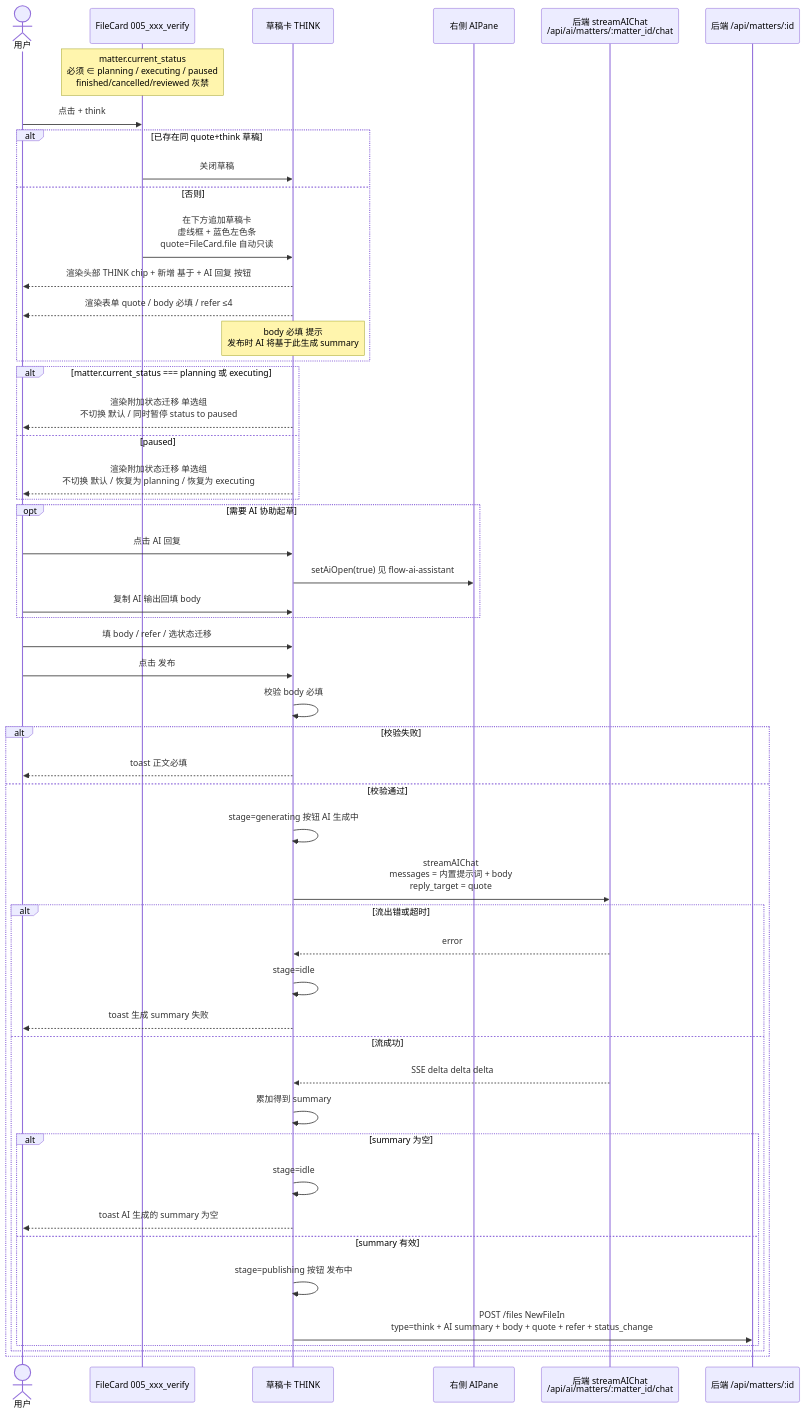
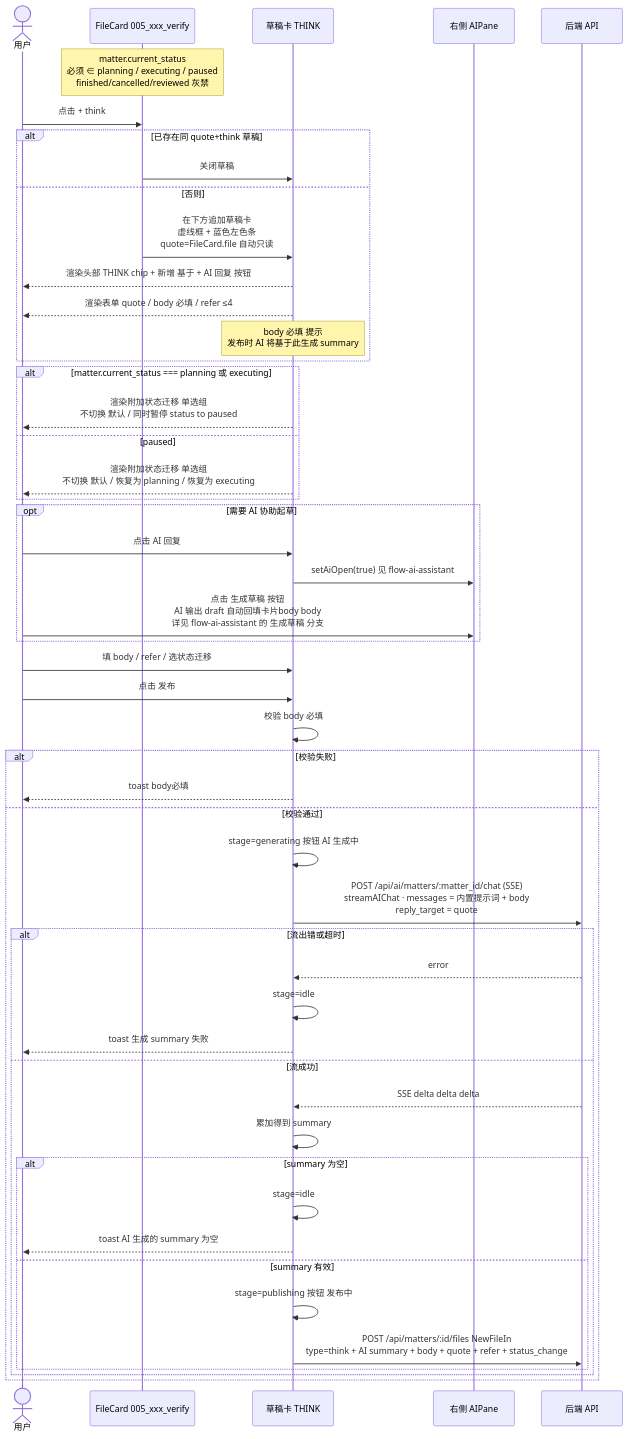
Before and after one commit to Tjk666Tjk6660/team-pivot-web: the diagram in AI-docs/workflow-interaction/flow-think-card.md, drawn with Mermaid. The commit also changed 2 other files, not shown here.

Commit message:
docs(matter): add workflow-interaction sequence diagram

````diff
--- a/AI-docs/workflow-interaction/flow-think-card.md
+++ b/AI-docs/workflow-interaction/flow-think-card.md
@@ -10,61 +10,60 @@
 ```mermaid
 sequenceDiagram
   actor U as 用户
   participant FC as FileCard 005_xxx_verify
   participant DC as 草稿卡 THINK
   participant AP as 右侧 AIPane
-  participant CHAT as 后端 streamAIChat<br/>/api/ai/matters/:matter_id/chat
-  participant API as 后端 /api/matters/:id
+  participant API as 后端 API
 
   Note over FC: matter.current_status<br/>必须 ∈ planning / executing / paused<br/>finished/cancelled/reviewed 灰禁
 
   U->>FC: 点击 + think
   alt 已存在同 quote+think 草稿
     FC->>DC: 关闭草稿
   else 否则
     FC->>DC: 在下方追加草稿卡<br/>虚线框 + 蓝色左色条<br/>quote=FileCard.file 自动只读
     DC-->>U: 渲染头部 THINK chip + 新增 基于 + AI 回复 按钮
     DC-->>U: 渲染表单 quote / body 必填 / refer ≤4
     Note over DC: body 必填 提示<br/>发布时 AI 将基于此生成 summary
   end
 
   alt matter.current_status === planning 或 executing
     DC-->>U: 渲染附加状态迁移 单选组<br/>不切换 默认 / 同时暂停 status to paused
   else paused
     DC-->>U: 渲染附加状态迁移 单选组<br/>不切换 默认 / 恢复为 planning / 恢复为 executing
   end
 
   opt 需要 AI 协助起草
     U->>DC: 点击 AI 回复
     DC->>AP: setAiOpen(true) 见 flow-ai-assistant
-    U->>DC: 复制 AI 输出回填 body
+    U->>AP: 点击 生成草稿 按钮<br/>AI 输出 draft 自动回填卡片body body<br/>详见 flow-ai-assistant 的 生成草稿 分支
   end
 
   U->>DC: 填 body / refer / 选状态迁移
   U->>DC: 点击 发布
 
   DC->>DC: 校验 body 必填
   alt 校验失败
-    DC-->>U: toast 正文必填
+    DC-->>U: toast body必填
   else 校验通过
     DC->>DC: stage=generating 按钮 AI 生成中
 
-    DC->>CHAT: streamAIChat<br/>messages = 内置提示词 + body<br/>reply_target = quote
+    DC->>API: POST /api/ai/matters/:matter_id/chat (SSE)<br/>streamAIChat · messages = 内置提示词 + body<br/>reply_target = quote
     alt 流出错或超时
-      CHAT-->>DC: error
+      API-->>DC: error
       DC->>DC: stage=idle
       DC-->>U: toast 生成 summary 失败
     else 流成功
-      CHAT-->>DC: SSE delta delta delta
+      API-->>DC: SSE delta delta delta
       DC->>DC: 累加得到 summary
 
       alt summary 为空
         DC->>DC: stage=idle
         DC-->>U: toast AI 生成的 summary 为空
       else summary 有效
         DC->>DC: stage=publishing 按钮 发布中
-        DC->>API: POST /files NewFileIn<br/>type=think + AI summary + body + quote + refer + status_change
+        DC->>API: POST /api/matters/:id/files NewFileIn<br/>type=think + AI summary + body + quote + refer + status_change
       end
     end
   end
 ```
````
